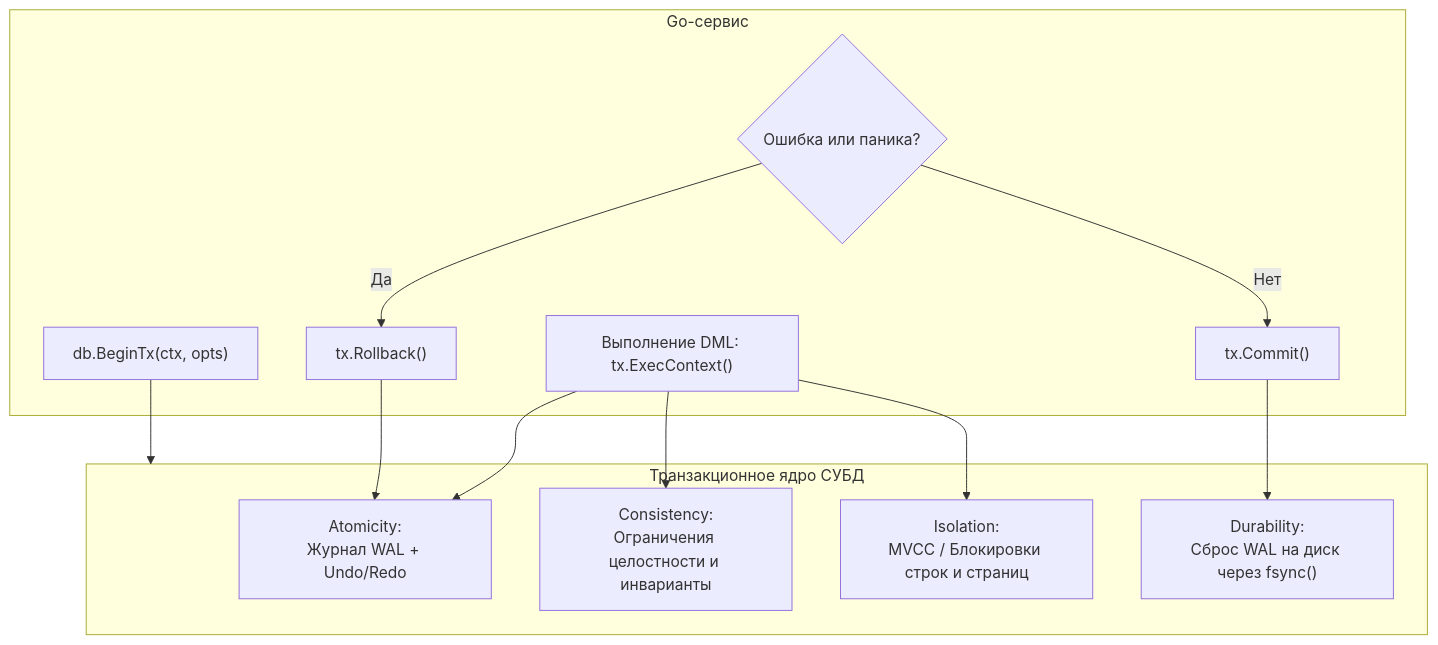
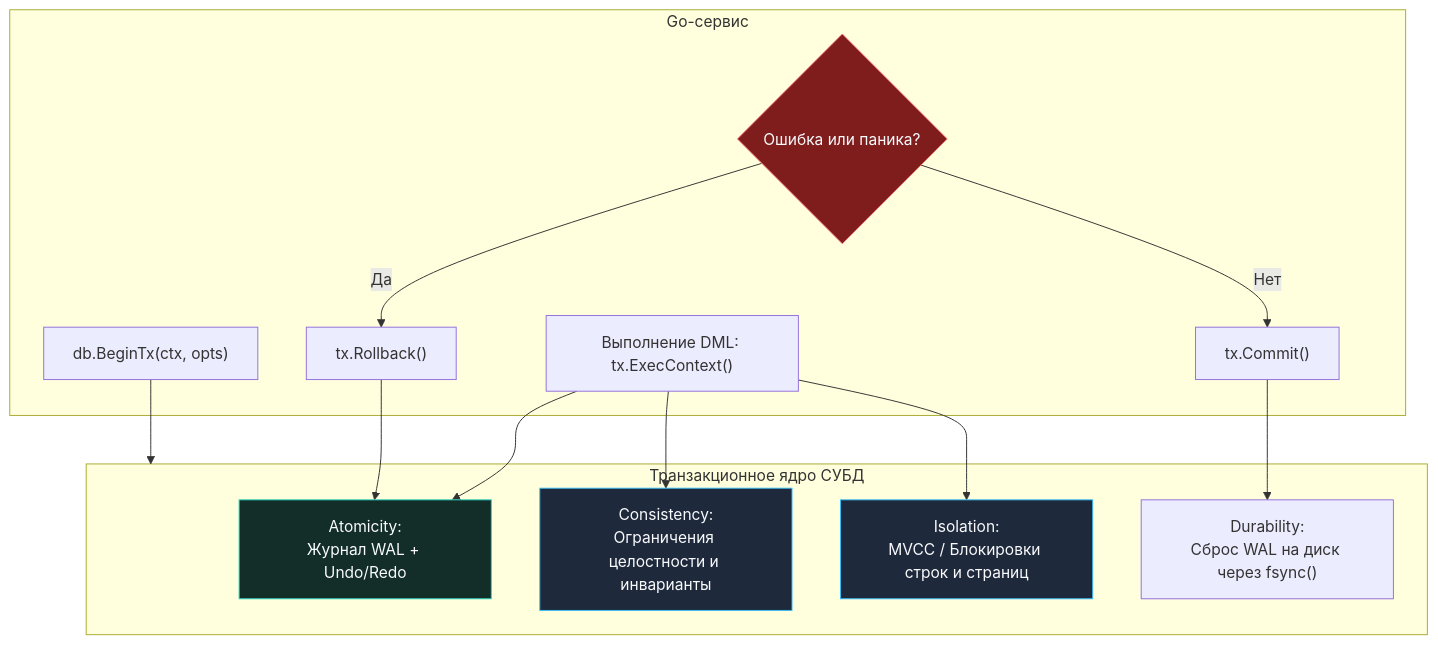
The first of 2 diagrams in sources/12. Базы данных/05. Транзакции и внутренности/1. ACID. Основы.md (UnrealTemplier/go-textbook), drawn with Mermaid before and after one commit. The commit also changed 1666 other files, not shown here.

First line of the commit message:
feat(mermaid): add semantic color classDef to 1369 colorless flowchart/graph diagrams

````diff
--- a/sources/12. Базы данных/05. Транзакции и внутренности/1. ACID. Основы.md
+++ b/sources/12. Базы данных/05. Транзакции и внутренности/1. ACID. Основы.md
@@ -14,26 +14,36 @@
 ```mermaid
 flowchart TD
+    classDef process  fill:#1e293b,stroke:#38bdf8,stroke-width:1px,color:#f8fafc
+    classDef success  fill:#064e3b,stroke:#34d399,stroke-width:1px,color:#f8fafc
+    classDef error    fill:#7f1d1d,stroke:#f87171,stroke-width:1px,color:#f8fafc
+    classDef warning  fill:#78350f,stroke:#fbbf24,stroke-width:1px,color:#f8fafc
+    classDef entry    fill:#1e3a5f,stroke:#38bdf8,stroke-width:2px,color:#f8fafc
+    classDef aux      fill:#334155,stroke:#64748b,stroke-width:1px,color:#f8fafc
+    classDef system   fill:#312e81,stroke:#a78bfa,stroke-width:1px,color:#f8fafc
+    classDef data     fill:#132d29,stroke:#2dd4bf,stroke-width:1px,color:#f8fafc
+    classDef network  fill:#881337,stroke:#fb7185,stroke-width:1px,color:#f8fafc
+    classDef accent   fill:#1e1b4b,stroke:#818cf8,stroke-width:1px,color:#f8fafc
     subgraph Client["Go-сервис"]
         TxBegin["db.BeginTx(ctx, opts)"]
         TxExec["Выполнение DML: tx.ExecContext()"]
-        TxDecision{"Ошибка или паника?"}
+        TxDecision{"Ошибка или паника?"}:::error
         TxRollback["tx.Rollback()"]
         TxCommit["tx.Commit()"]
     end
 
     subgraph DBEngine["Транзакционное ядро СУБД"]
-        A["Atomicity:<br>Журнал WAL + Undo/Redo"]
-        C["Consistency:<br>Ограничения целостности и инварианты"]
-        I["Isolation:<br>MVCC / Блокировки строк и страниц"]
+        A["Atomicity:<br>Журнал WAL + Undo/Redo"]:::data
+        C["Consistency:<br>Ограничения целостности и инварианты"]:::process
+        I["Isolation:<br>MVCC / Блокировки строк и страниц"]:::process
         D["Durability:<br>Сброс WAL на диск через fsync()"]
     end
 
     TxBegin --> DBEngine
     TxExec --> A
     TxExec --> C
     TxExec --> I
     TxDecision -- "Да" --> TxRollback
     TxDecision -- "Нет" --> TxCommit
     TxCommit --> D
     TxRollback --> A
 ```
````
